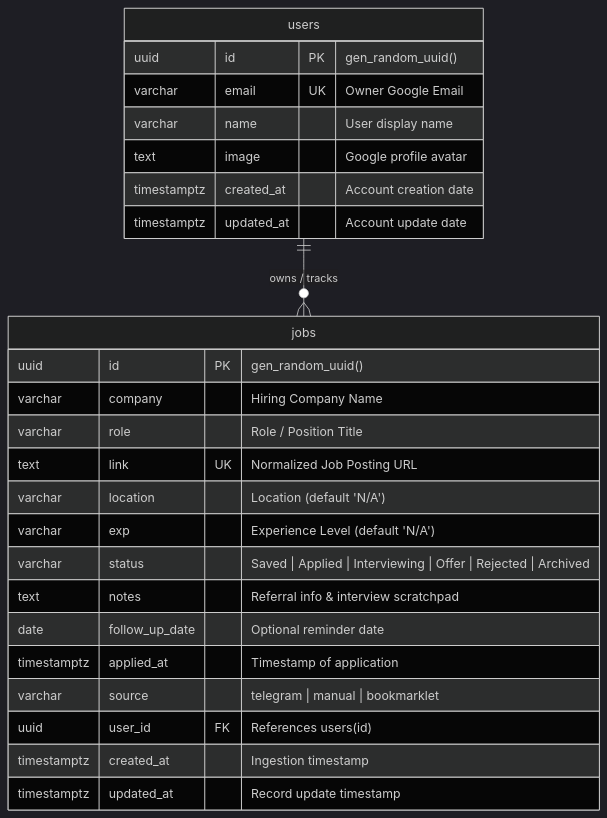
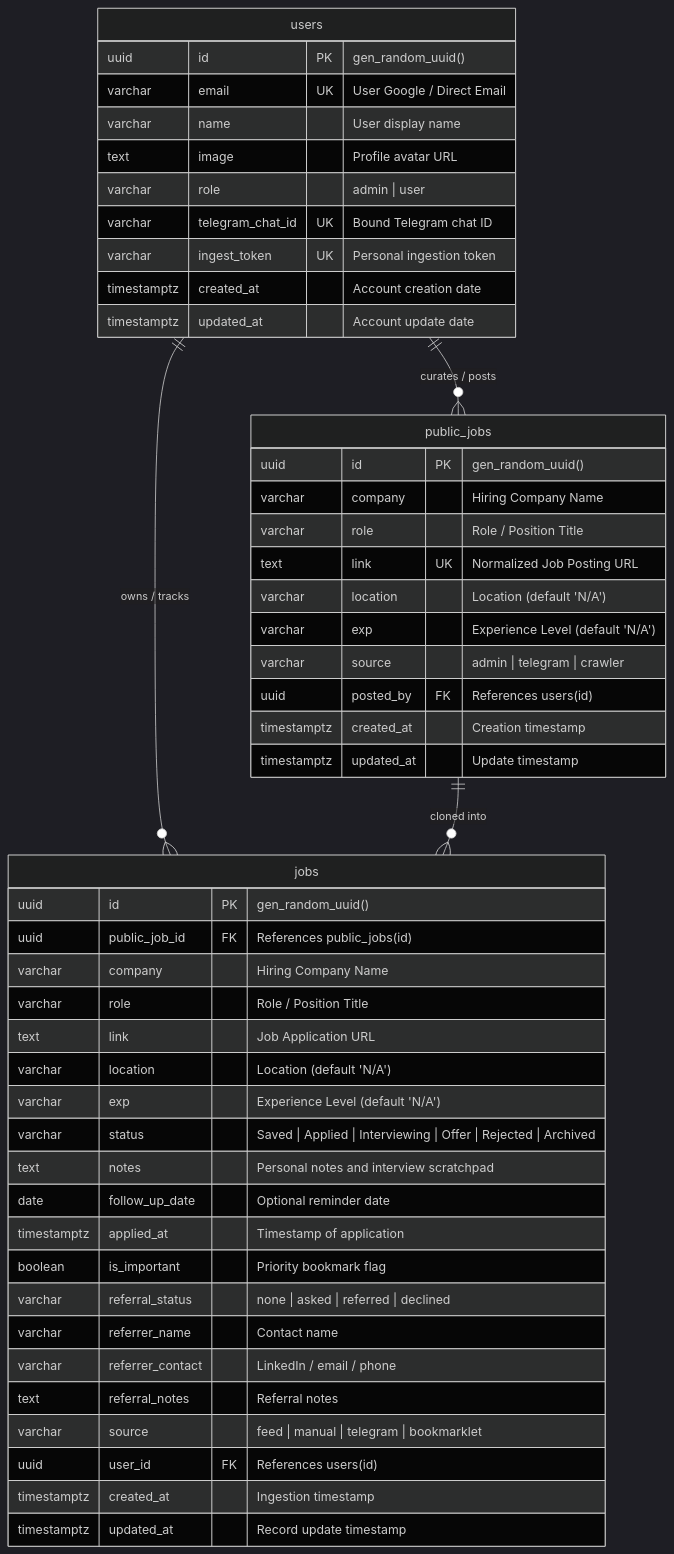
One commit to kunalkmaurya/job-radar changed the diagram in docs/DATABASE_DESIGN.md. Above: the diagram before and after it, drawn with Mermaid (dark theme). The commit also changed other lines of this file and 5 other files, not shown here.

Commit message:
docs: update documentation for multi-tenant feed, public apis, and view modes

````diff
--- a/docs/DATABASE_DESIGN.md
+++ b/docs/DATABASE_DESIGN.md
@@ -18,30 +18,54 @@
 ```mermaid
 erDiagram
     users ||--o{ jobs : "owns / tracks"
+    users ||--o{ public_jobs : "curates / posts"
+    public_jobs ||--o{ jobs : "cloned into"
 
     users {
         uuid id PK "gen_random_uuid()"
-        varchar email UK "Owner Google Email"
+        varchar email UK "User Google / Direct Email"
         varchar name "User display name"
-        text image "Google profile avatar"
+        text image "Profile avatar URL"
+        varchar role "admin | user"
+        varchar telegram_chat_id UK "Bound Telegram chat ID"
+        varchar ingest_token UK "Personal ingestion token"
         timestamptz created_at "Account creation date"
         timestamptz updated_at "Account update date"
     }
 
-    jobs {
+    public_jobs {
         uuid id PK "gen_random_uuid()"
         varchar company "Hiring Company Name"
         varchar role "Role / Position Title"
         text link UK "Normalized Job Posting URL"
         varchar location "Location (default 'N/A')"
         varchar exp "Experience Level (default 'N/A')"
+        varchar source "admin | telegram | crawler"
+        uuid posted_by FK "References users(id)"
+        timestamptz created_at "Creation timestamp"
+        timestamptz updated_at "Update timestamp"
+    }
+
+    jobs {
+        uuid id PK "gen_random_uuid()"
+        uuid public_job_id FK "References public_jobs(id)"
+        varchar company "Hiring Company Name"
+        varchar role "Role / Position Title"
+        text link "Job Application URL"
+        varchar location "Location (default 'N/A')"
+        varchar exp "Experience Level (default 'N/A')"
         varchar status "Saved | Applied | Interviewing | Offer | Rejected | Archived"
-        text notes "Referral info & interview scratchpad"
+        text notes "Personal notes and interview scratchpad"
         date follow_up_date "Optional reminder date"
         timestamptz applied_at "Timestamp of application"
-        varchar source "telegram | manual | bookmarklet"
+        boolean is_important "Priority bookmark flag"
+        varchar referral_status "none | asked | referred | declined"
+        varchar referrer_name "Contact name"
+        varchar referrer_contact "LinkedIn / email / phone"
+        text referral_notes "Referral notes"
+        varchar source "feed | manual | telegram | bookmarklet"
         uuid user_id FK "References users(id)"
         timestamptz created_at "Ingestion timestamp"
         timestamptz updated_at "Record update timestamp"
     }
 ```
````
